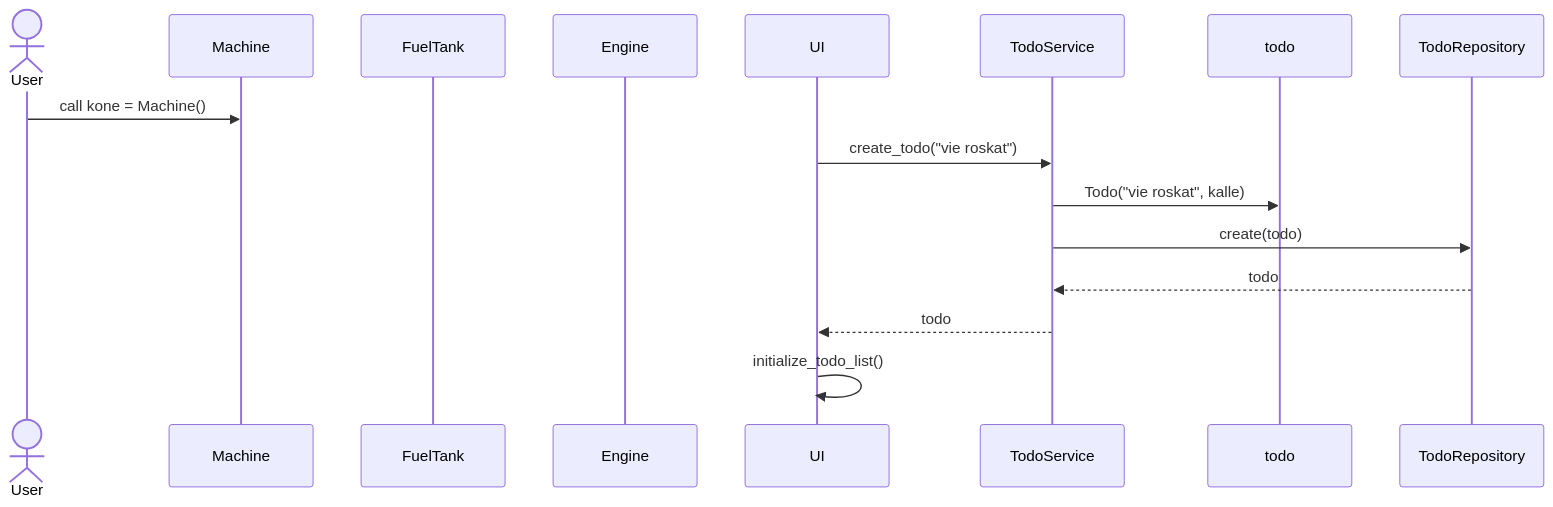
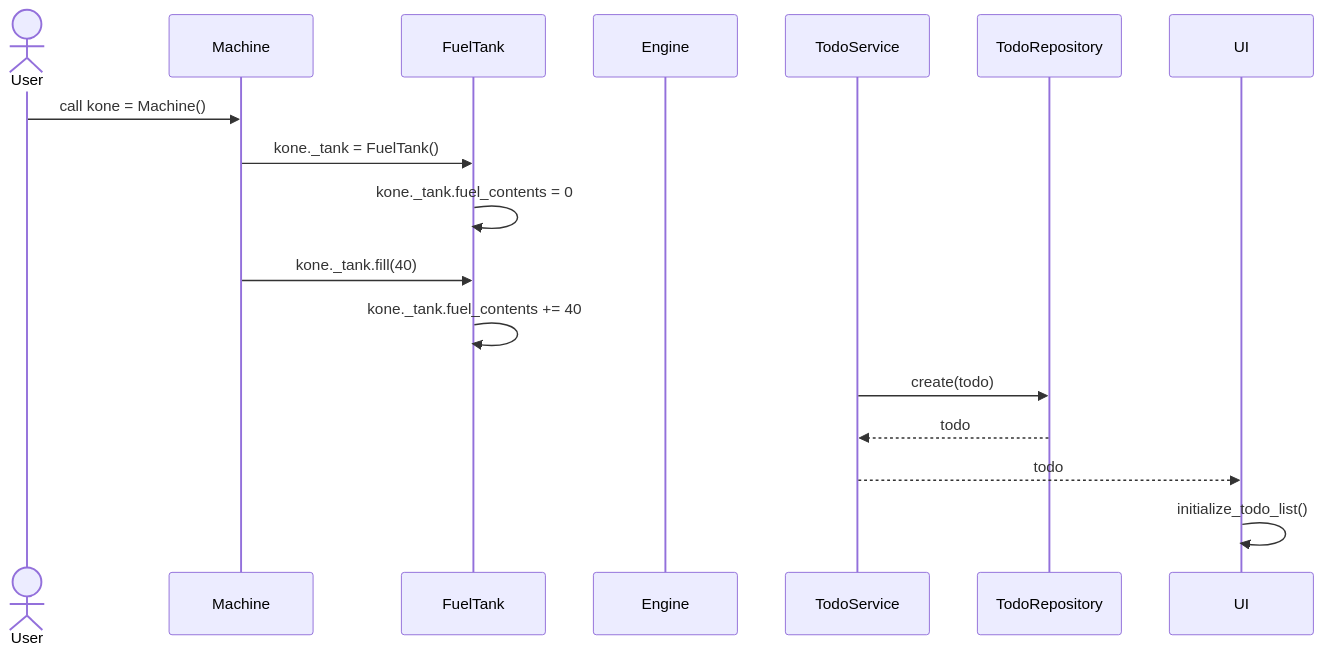
One commit to EeroAnt/ot-harjoitusty- changed the diagram in laskarit/viikko3/sekvenssikaavio.md. Above: the diagram before and after it, drawn with Mermaid.

Commit message:
sekvenssikaavio v0.13

````diff
--- a/laskarit/viikko3/sekvenssikaavio.md
+++ b/laskarit/viikko3/sekvenssikaavio.md
@@ -1,14 +1,16 @@
 ```mermaid
 sequenceDiagram
   actor User
   participant Machine
   participant FuelTank
   participant Engine
   User->>Machine: call kone = Machine()
-  UI->>TodoService: create_todo("vie roskat")
-  TodoService->>todo: Todo("vie roskat", kalle)
+  Machine->>FuelTank: kone._tank = FuelTank()
+  FuelTank->>FuelTank: kone._tank.fuel_contents = 0
+  Machine->>FuelTank: kone._tank.fill(40)
+  FuelTank->>FuelTank: kone._tank.fuel_contents += 40  
   TodoService->>TodoRepository: create(todo)
   TodoRepository-->>TodoService: todo
   TodoService-->>UI: todo 
   UI->>UI: initialize_todo_list()
 ```
````
